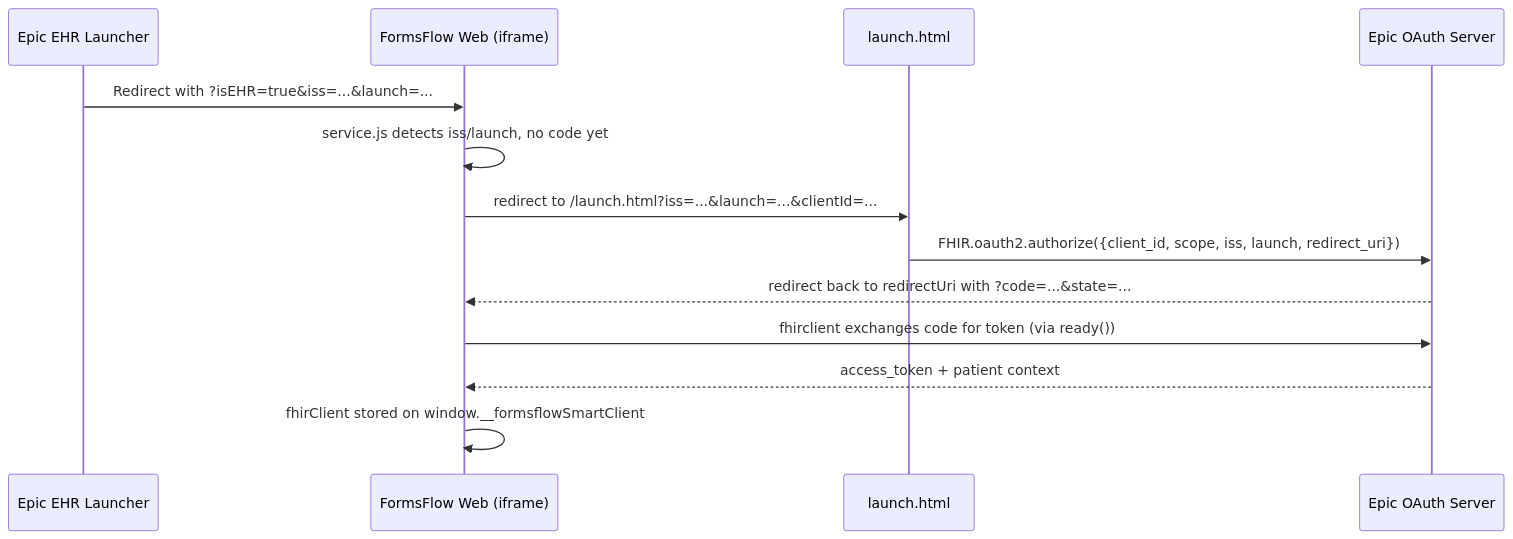
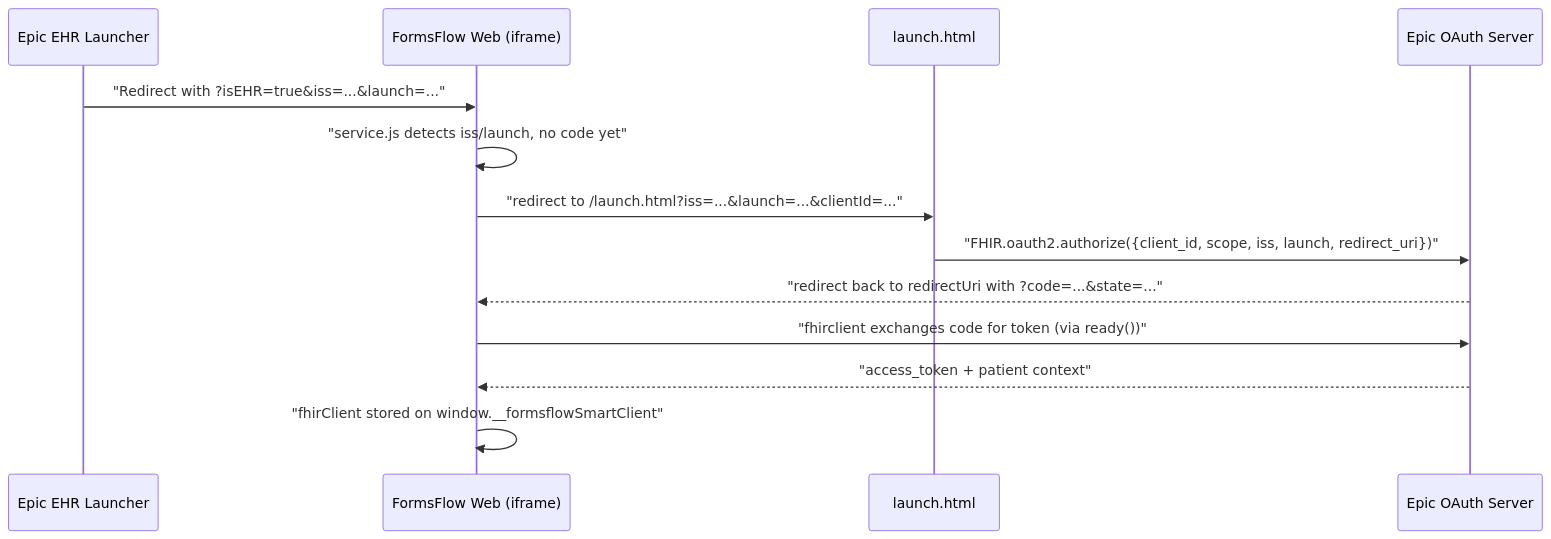
Before and after one commit to yaseen-aot/forms-flow-ai: the second of 6 diagrams in epic-smart-on-fhir-guide.md, drawn with Mermaid. The commit also changed other lines of this file, not shown here.

````diff
--- a/epic-smart-on-fhir-guide.md
+++ b/epic-smart-on-fhir-guide.md
@@ -65,16 +81,16 @@
 ```mermaid
 sequenceDiagram
     participant Epic as Epic EHR Launcher
     participant Web as FormsFlow Web (iframe)
     participant Launch as launch.html
     participant OAuth as Epic OAuth Server
 
-    Epic->>Web: Redirect with ?isEHR=true&iss=...&launch=...
-    Web->>Web: service.js detects iss/launch, no code yet
-    Web->>Launch: redirect to /launch.html?iss=...&launch=...&clientId=...
-    Launch->>OAuth: FHIR.oauth2.authorize({client_id, scope, iss, launch, redirect_uri})
-    OAuth-->>Web: redirect back to redirectUri with ?code=...&state=...
-    Web->>OAuth: fhirclient exchanges code for token (via ready())
-    OAuth-->>Web: access_token + patient context
-    Web->>Web: fhirClient stored on window.__formsflowSmartClient
+    Epic->>Web: "Redirect with ?isEHR=true&iss=...&launch=..."
+    Web->>Web: "service.js detects iss/launch, no code yet"
+    Web->>Launch: "redirect to /launch.html?iss=...&launch=...&clientId=..."
+    Launch->>OAuth: "FHIR.oauth2.authorize({client_id, scope, iss, launch, redirect_uri})"
+    OAuth-->>Web: "redirect back to redirectUri with ?code=...&state=..."
+    Web->>OAuth: "fhirclient exchanges code for token (via ready())"
+    OAuth-->>Web: "access_token + patient context"
+    Web->>Web: "fhirClient stored on window.__formsflowSmartClient"
 ```
````
